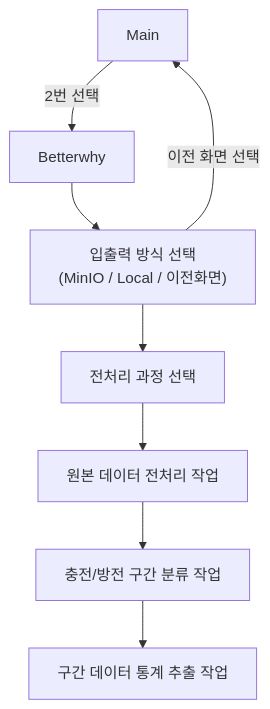
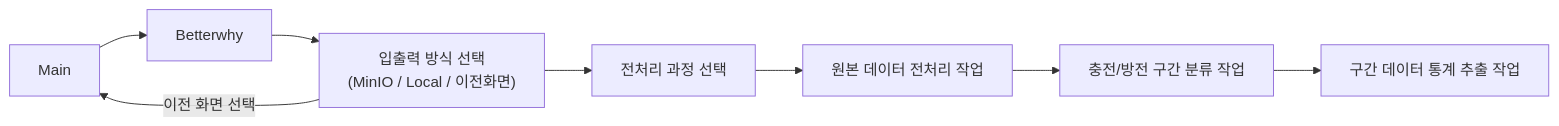
The diagram in readme.md (WO2IN/posAppSystem), drawn with Mermaid before and after one commit. The commit also changed other lines of this file, not shown here.

````diff
--- a/readme.md
+++ b/readme.md
@@ -3,13 +1,13 @@
 ```mermaid
-graph TB;
-    Main --> |2번 선택|betterwhy[Betterwhy]
+graph LR;
+    Main --> betterwhy[Betterwhy]
     
-    betterwhy --> input_output["입출력 방식 선택 <br> (MinIO / Local / 이전화면)"] 
+    betterwhy --> input/output["입출력 방식 선택 <br> (MinIO / Local / 이전화면)"] 
 
-    input_output --> preproc_select[전처리 과정 선택]
-    input_output --> |이전 화면 선택|Main
+    input/output --> preproc_select[전처리 과정 선택]
+    input/output --> |이전 화면 선택|Main
 
-    preproc_select --> first_preproc[원본 데이터 전처리 작업]
-    first_preproc --> classify_charging[충전/방전 구간 분류 작업]
+    preproc_select --> frist_preproc[원본 데이터 전처리 작업]
+    frist_preproc --> classify_charging[충전/방전 구간 분류 작업]
     classify_charging --> section_statistics[구간 데이터 통계 추출 작업]
 ```
````
